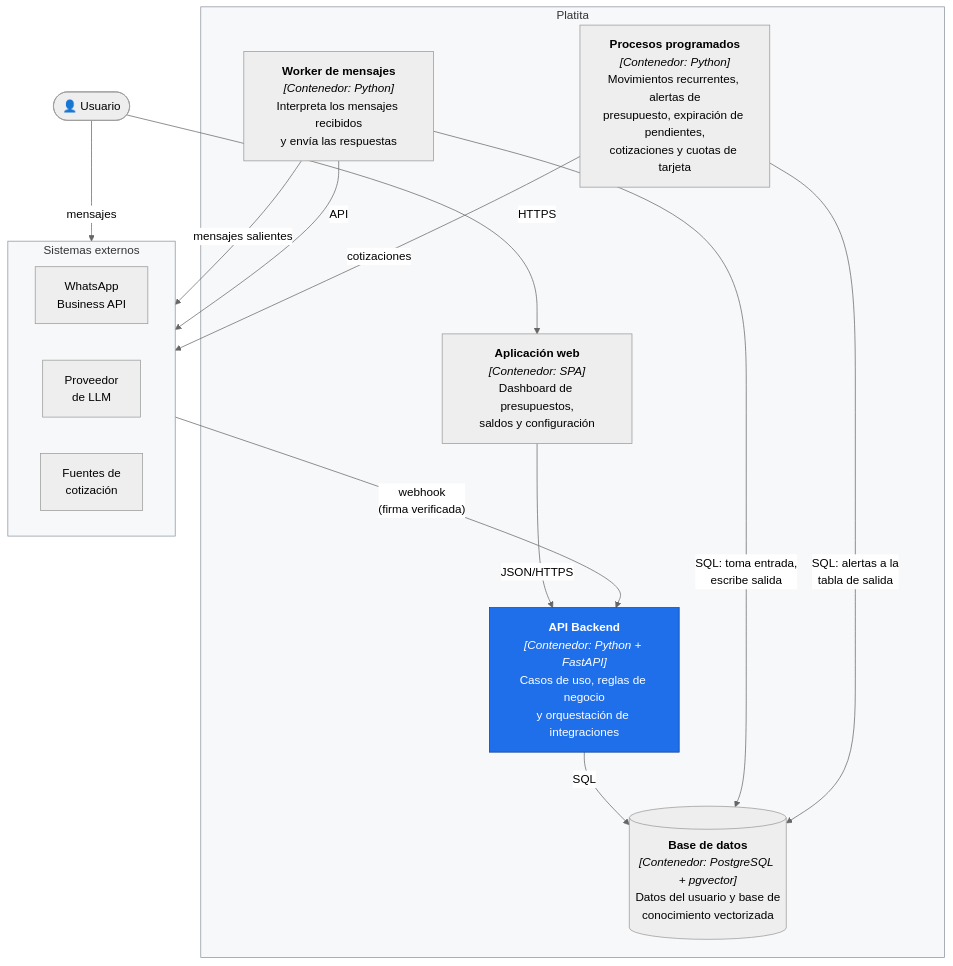
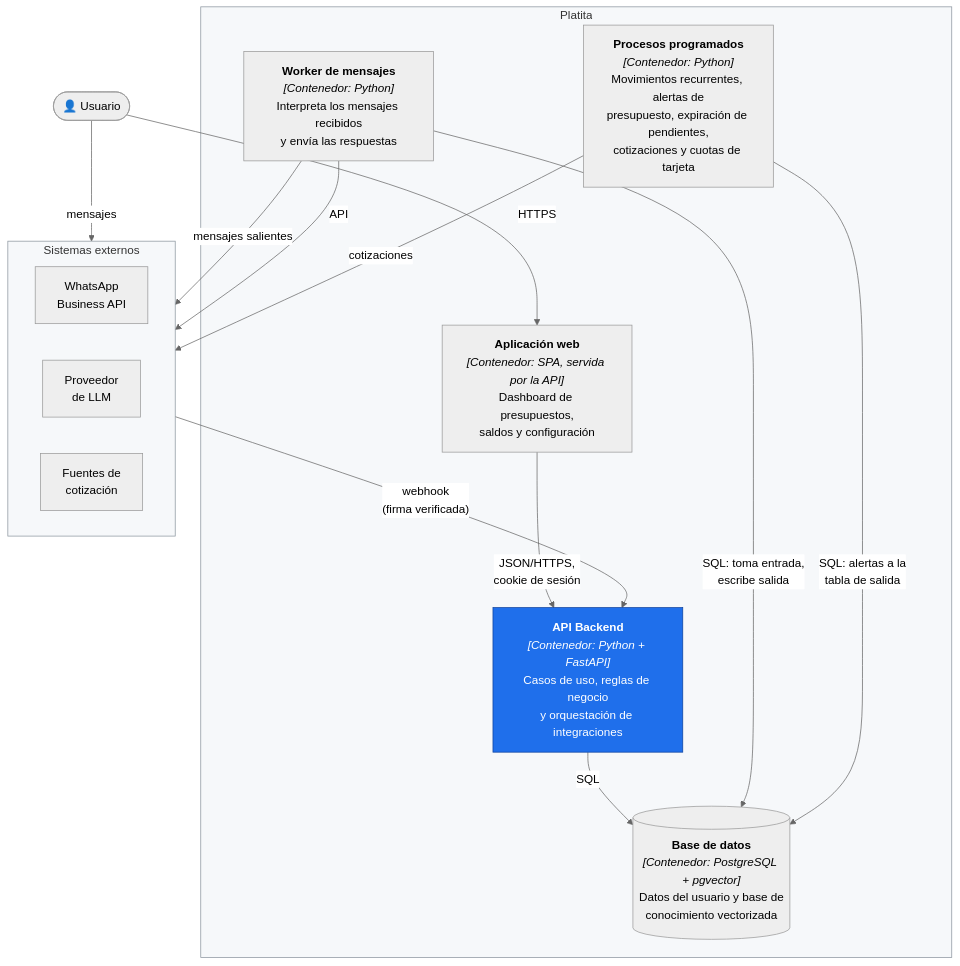
The second of 4 diagrams in docs/02-arquitectura.md (verozacarias-prog/AI4Devs-finalproject), drawn with Mermaid (neutral theme) before and after one commit. The commit also changed other lines of this file and 10 other files, not shown here.

````diff
--- a/docs/02-arquitectura.md
+++ b/docs/02-arquitectura.md
@@ -38,34 +38,34 @@
 ```mermaid
 flowchart TB
     USER(["👤 Usuario"])
 
     subgraph EXTERNOS["Sistemas externos"]
         direction LR
         WACLOUD["WhatsApp<br/>Business API"]
         LLM["Proveedor<br/>de LLM"]
         FX["Fuentes de<br/>cotización"]
     end
 
     subgraph PLATITA["Platita"]
-        SPA["<b>Aplicación web</b><br/><i>[Contenedor: SPA]</i><br/>Dashboard de presupuestos,<br/>saldos y configuración"]
+        SPA["<b>Aplicación web</b><br/><i>[Contenedor: SPA, servida por la API]</i><br/>Dashboard de presupuestos,<br/>saldos y configuración"]
         API["<b>API Backend</b><br/><i>[Contenedor: Python + FastAPI]</i><br/>Casos de uso, reglas de negocio<br/>y orquestación de integraciones"]
         MSGW["<b>Worker de mensajes</b><br/><i>[Contenedor: Python]</i><br/>Interpreta los mensajes recibidos<br/>y envía las respuestas"]
         WORKER["<b>Procesos programados</b><br/><i>[Contenedor: Python]</i><br/>Movimientos recurrentes, alertas de<br/>presupuesto, expiración de pendientes,<br/>cotizaciones y cuotas de tarjeta"]
         DB[("<b>Base de datos</b><br/><i>[Contenedor: PostgreSQL + pgvector]</i><br/>Datos del usuario y base de<br/>conocimiento vectorizada")]
     end
 
     USER -->|"mensajes"| WACLOUD
     USER -->|"HTTPS"| SPA
     WACLOUD -->|"webhook<br/>(firma verificada)"| API
     MSGW -->|"mensajes salientes"| WACLOUD
-    SPA -->|"JSON/HTTPS"| API
+    SPA -->|"JSON/HTTPS,<br/>cookie de sesión"| API
     API -->|"SQL"| DB
     MSGW -->|"SQL: toma entrada,<br/>escribe salida"| DB
     MSGW -->|"API"| LLM
     WORKER -->|"SQL: alertas a la<br/>tabla de salida"| DB
     WORKER -->|"cotizaciones"| FX
 
     style API fill:#1f6feb,stroke:#0d419d,color:#fff
     style PLATITA fill:#f6f8fa,stroke:#8b949e
     style EXTERNOS fill:#f6f8fa,stroke:#8b949e
 ```
````
